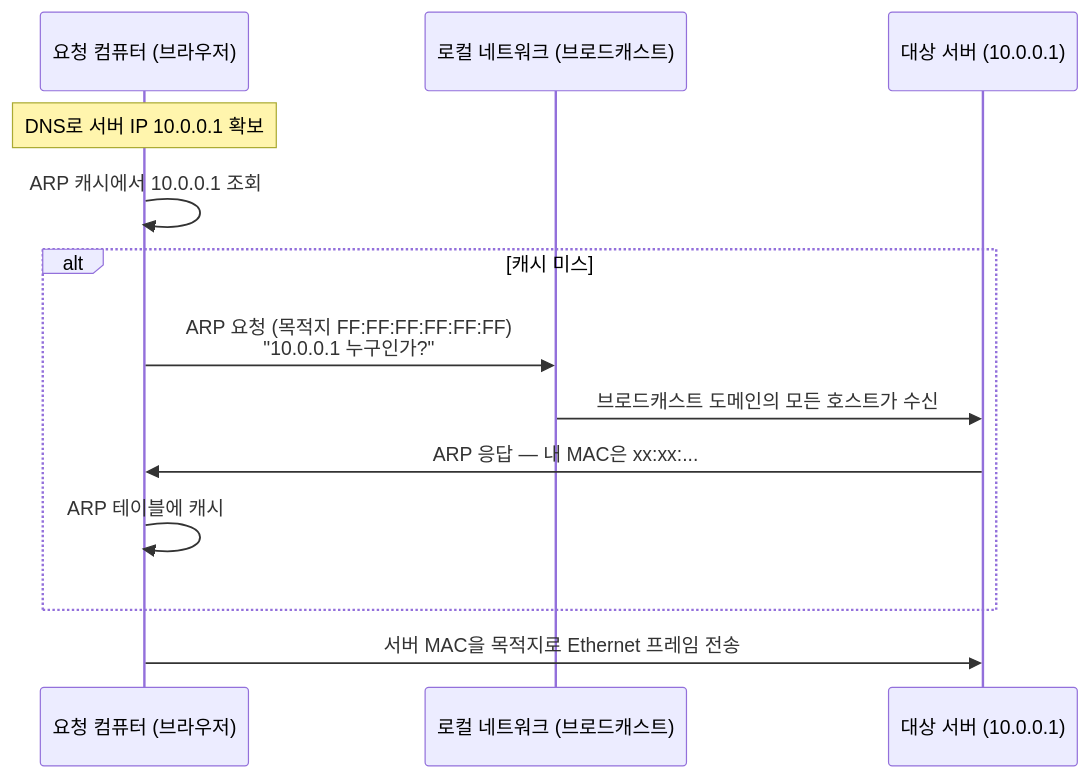
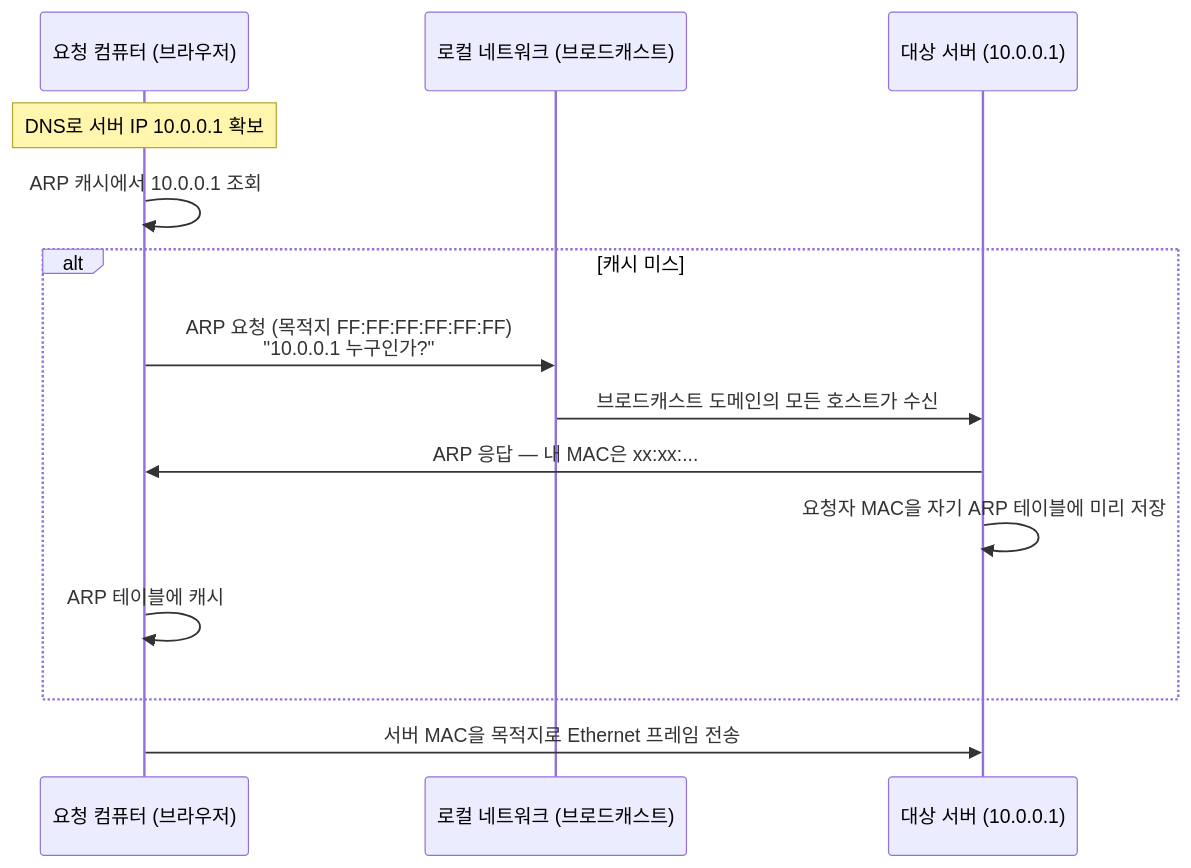
The diagram in write/08_cloud/book/networking-and-kubernetes/01-03.IP·라우팅·Ethernet — 패킷이 길을 찾는 법.md (scofe97/StduyWrite), drawn with Mermaid before and after one commit. The commit also changed other lines of this file and 106 other files, not shown here.

````diff
--- a/write/08_cloud/book/networking-and-kubernetes/01-03.IP·라우팅·Ethernet — 패킷이 길을 찾는 법.md
+++ b/write/08_cloud/book/networking-and-kubernetes/01-03.IP·라우팅·Ethernet — 패킷이 길을 찾는 법.md
@@ -145,15 +179,16 @@
 ```mermaid
 sequenceDiagram
     participant B as 요청 컴퓨터 (브라우저)
     participant L as 로컬 네트워크 (브로드캐스트)
     participant S as 대상 서버 (10.0.0.1)
     Note over B: DNS로 서버 IP 10.0.0.1 확보
     B->>B: ARP 캐시에서 10.0.0.1 조회
     alt 캐시 미스
         B->>L: ARP 요청 (목적지 FF:FF:FF:FF:FF:FF)<br>"10.0.0.1 누구인가?"
         L->>S: 브로드캐스트 도메인의 모든 호스트가 수신
         S->>B: ARP 응답 — 내 MAC은 xx:xx:...
+        S->>S: 요청자 MAC을 자기 ARP 테이블에 미리 저장
         B->>B: ARP 테이블에 캐시
     end
     B->>S: 서버 MAC을 목적지로 Ethernet 프레임 전송
 ```
````
